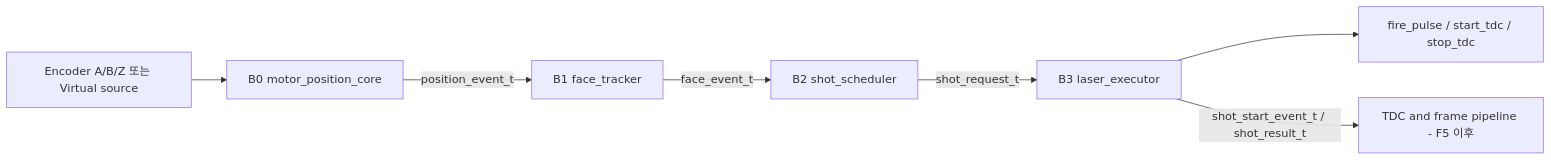
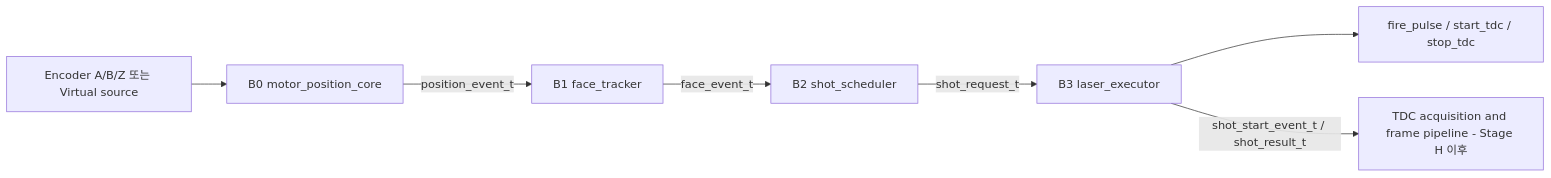
The first of 6 diagrams in system_integration/v2_architecture/V2_PROCESSING_PIPELINE_INTEGRATION_GUIDE.md (haneulia/tdc_gpx_ctrl), drawn with Mermaid before and after one commit. The commit also changed other lines of this file and 21 other files, not shown here.

````diff
--- a/system_integration/v2_architecture/V2_PROCESSING_PIPELINE_INTEGRATION_GUIDE.md
+++ b/system_integration/v2_architecture/V2_PROCESSING_PIPELINE_INTEGRATION_GUIDE.md
@@ -37,9 +38,9 @@
 ```mermaid
 flowchart LR
     A["Encoder A/B/Z 또는 Virtual source"] --> B["B0 motor_position_core"]
     B -->|"position_event_t"| C["B1 face_tracker"]
     C -->|"face_event_t"| D["B2 shot_scheduler"]
     D -->|"shot_request_t"| E["B3 laser_executor"]
     E --> F["fire_pulse / start_tdc / stop_tdc"]
-    E -->|"shot_start_event_t / shot_result_t"| G["TDC and frame pipeline - F5 이후"]
+    E -->|"shot_start_event_t / shot_result_t"| G["TDC acquisition and frame pipeline - Stage H 이후"]
 ```
````
